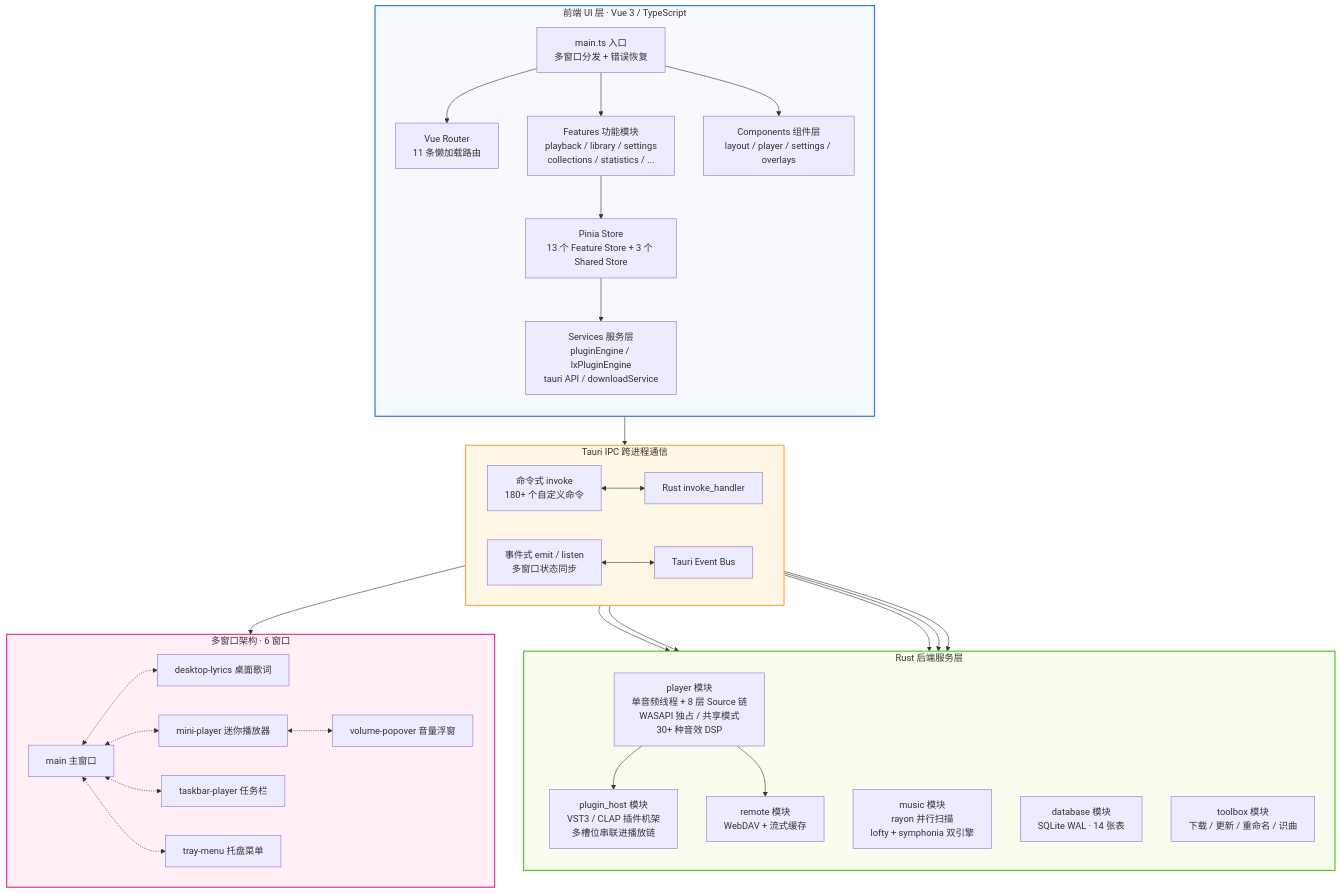
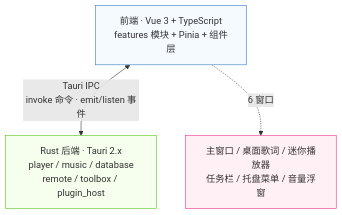
Before and after one commit to TaXiaoQi/XianYu-Music-Desktop: the diagram in README.md, drawn with Mermaid. The commit also changed other lines of this file, not shown here.

Commit message:
更新md

````diff
--- a/README.md
+++ b/README.md
@@ -99,47 +99,9 @@
 ```mermaid
 graph TD
-    subgraph Frontend [前端 UI 层 · Vue 3 / TypeScript]
-        direction TB
-        A[main.ts 入口<br/>多窗口分发 + 错误恢复] --> B[Vue Router<br/>11 条懒加载路由]
-        A --> C[Features 功能模块<br/>playback / library / settings<br/>collections / statistics / ...]
-        A --> D[Components 组件层<br/>layout / player / settings / overlays]
-        C --> E[Pinia Store<br/>13 个 Feature Store + 3 个 Shared Store]
-        E --> F[Services 服务层<br/>pluginEngine / lxPluginEngine<br/>tauri API / downloadService]
-    end
+    A[前端 · Vue 3 + TypeScript<br/>features 模块 + Pinia + 组件层] <-->|Tauri IPC<br/>invoke 命令 · emit/listen 事件| B[Rust 后端 · Tauri 2.x<br/>player / music / database<br/>remote / toolbox / plugin_host]
+    A -. 6 窗口 .-> C[主窗口 / 桌面歌词 / 迷你播放器<br/>任务栏 / 托盘菜单 / 音量浮窗]
 
-    subgraph IPC [Tauri IPC 跨进程通信]
-        direction LR
-        G[命令式 invoke<br/>180+ 个自定义命令] <--> H[Rust invoke_handler]
-        I[事件式 emit / listen<br/>多窗口状态同步] <--> J[Tauri Event Bus]
-    end
-
-    subgraph Backend [Rust 后端服务层]
-        direction TB
-        K[player 模块<br/>单音频线程 + 8 层 Source 链<br/>WASAPI 独占 / 共享模式<br/>30+ 种音效 DSP]
-        L[music 模块<br/>rayon 并行扫描<br/>lofty + symphonia 双引擎]
-        M[database 模块<br/>SQLite WAL · 14 张表]
-        N[remote 模块<br/>WebDAV + 流式缓存]
-        O[toolbox 模块<br/>下载 / 更新 / 重命名 / 识曲]
-        V[plugin_host 模块<br/>VST3 / CLAP 插件机架<br/>多槽位串联进播放链]
-        H --> K & L & M & N & O
-        K --> V
-    end
-
-    subgraph Windows [多窗口架构 · 6 窗口]
-        direction LR
-        P[main 主窗口] <-.-> Q[desktop-lyrics 桌面歌词]
-        P <-.-> R[mini-player 迷你播放器]
-        P <-.-> S[taskbar-player 任务栏]
-        P <-.-> T[tray-menu 托盘菜单]
-        R <-.-> U[volume-popover 音量浮窗]
-    end
-
-    F --> G
-    I --> Windows
-    K --> N
-
-    style Frontend fill:#f5faff,stroke:#3178C6,stroke-width:2px;
-    style IPC fill:#fff7e6,stroke:#ffa940,stroke-width:2px;
-    style Backend fill:#f6ffed,stroke:#52c41a,stroke-width:2px;
-    style Windows fill:#fff0f6,stroke:#eb2f96,stroke-width:2px;
+    style A fill:#f5faff,stroke:#3178C6;
+    style B fill:#f6ffed,stroke:#52c41a;
+    style C fill:#fff0f6,stroke:#eb2f96;
 ```
````
